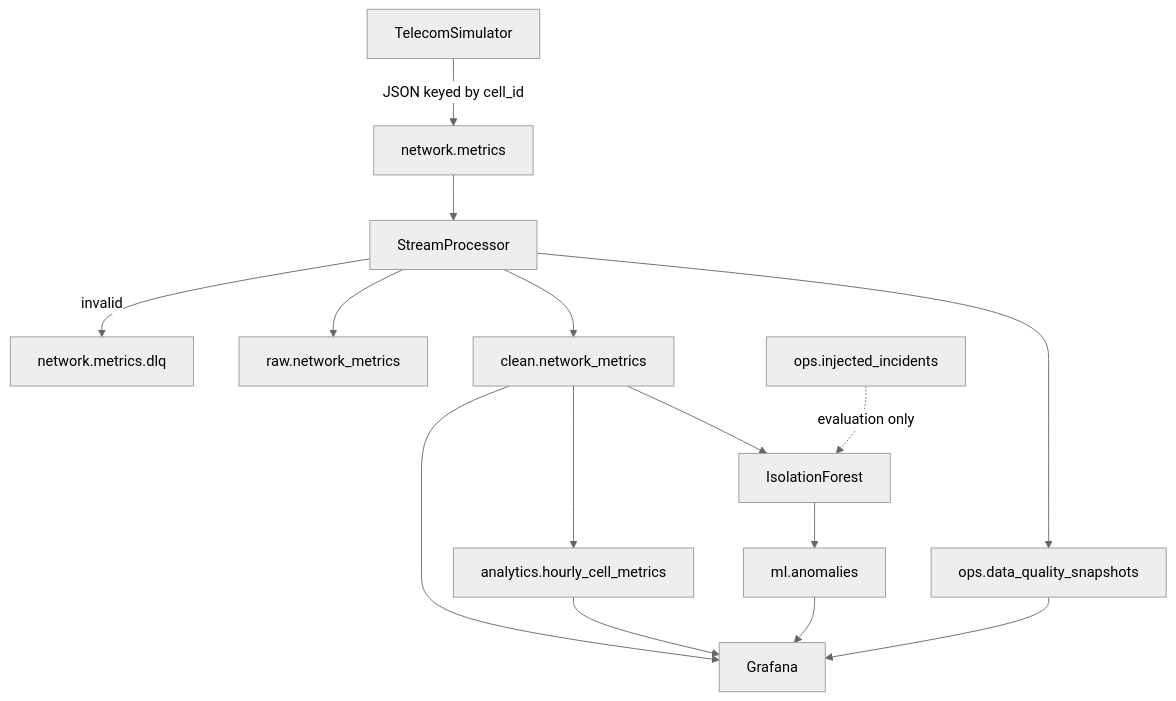
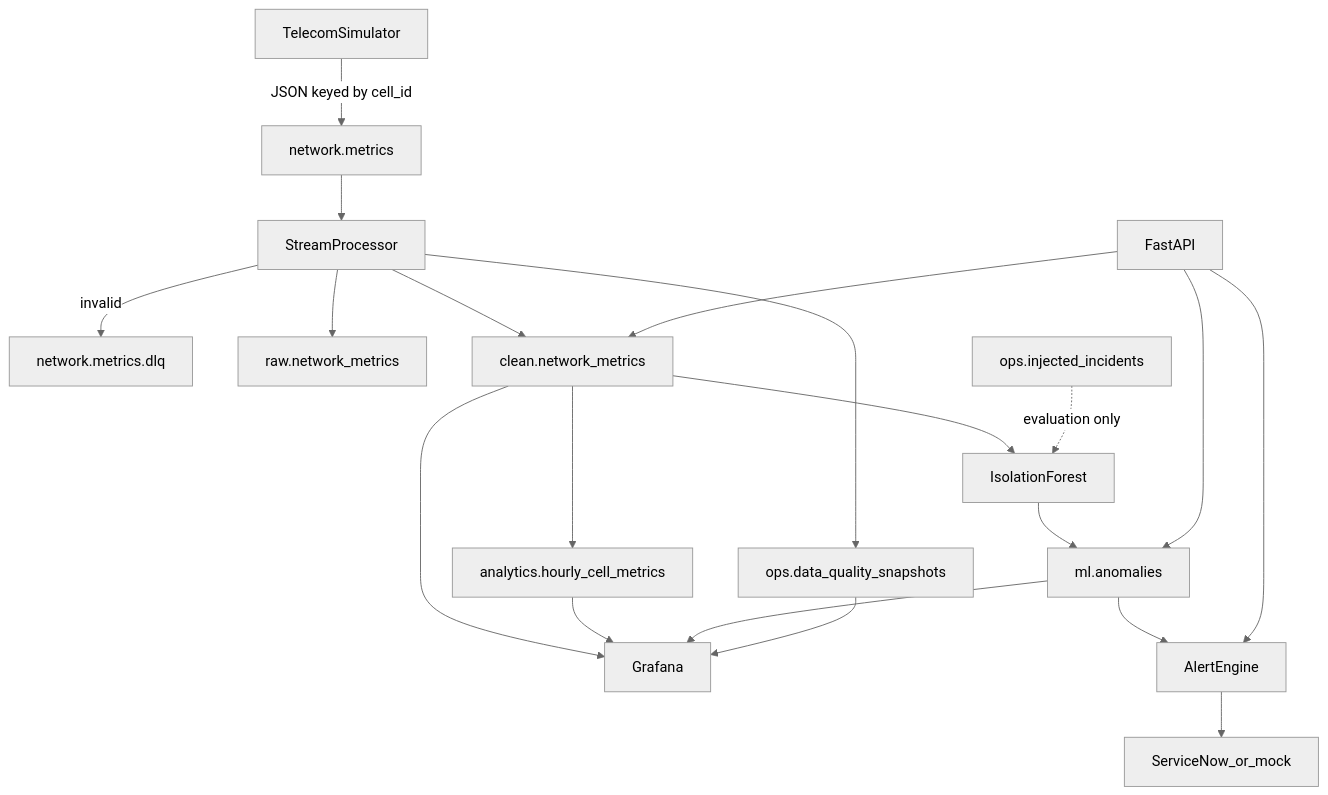
One commit to vedikako/AI-powered-telecom-monitoring-system changed the diagram in docs/architecture.md. Above: the diagram before and after it, drawn with Mermaid (neutral theme). The commit also changed other lines of this file and 19 other files, not shown here.

````diff
--- a/docs/architecture.md
+++ b/docs/architecture.md
@@ -5,30 +5,38 @@
 ```mermaid
 flowchart TD
   Sim[TelecomSimulator]
   Kafka[network.metrics]
   DLQ[network.metrics.dlq]
   Proc[StreamProcessor]
   Raw[raw.network_metrics]
   Clean[clean.network_metrics]
   An[analytics.hourly_cell_metrics]
   DQ[ops.data_quality_snapshots]
   ML[IsolationForest]
   Anom[ml.anomalies]
   GT[ops.injected_incidents]
   Graf[Grafana]
+  Alert[AlertEngine]
+  SN[ServiceNow_or_mock]
+  API[FastAPI]
 
   Sim -->|JSON keyed by cell_id| Kafka
   Kafka --> Proc
   Proc -->|invalid| DLQ
   Proc --> Raw
   Proc --> Clean
   Proc --> DQ
   Clean --> ML
   ML --> Anom
   GT -.->|evaluation only| ML
   Clean --> An
   Clean --> Graf
   An --> Graf
   Anom --> Graf
   DQ --> Graf
+  Anom --> Alert
+  Alert --> SN
+  API --> Clean
+  API --> Anom
+  API --> Alert
 ```
````
